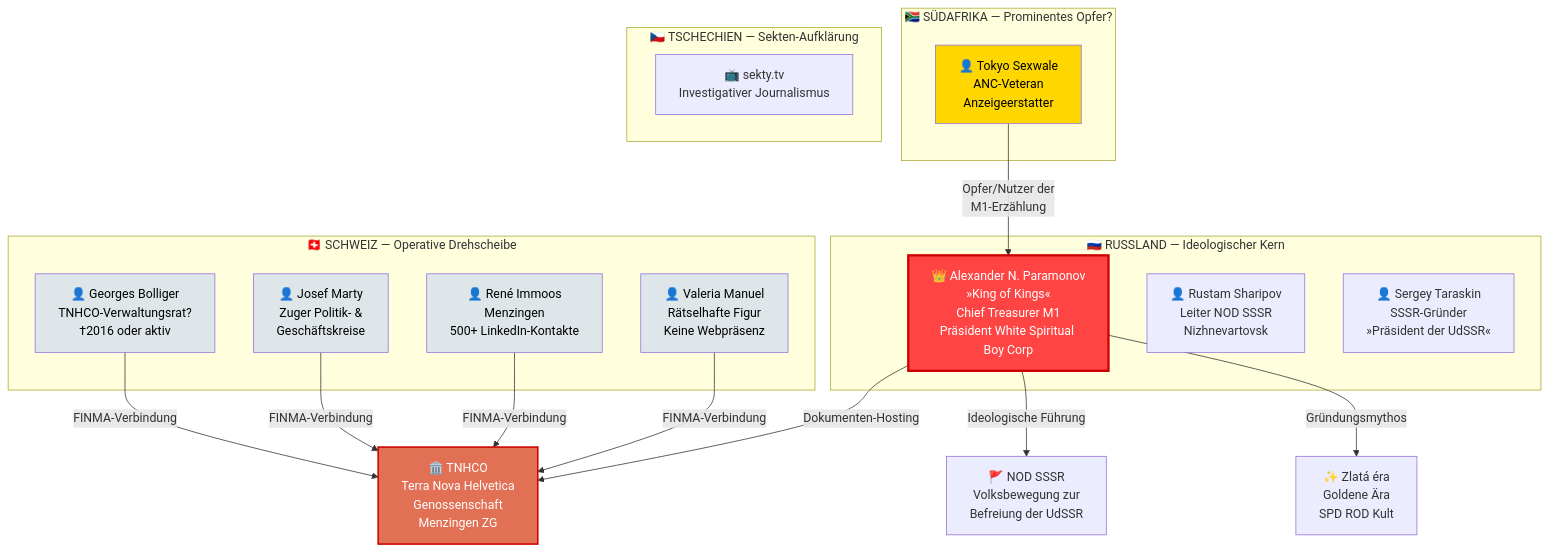
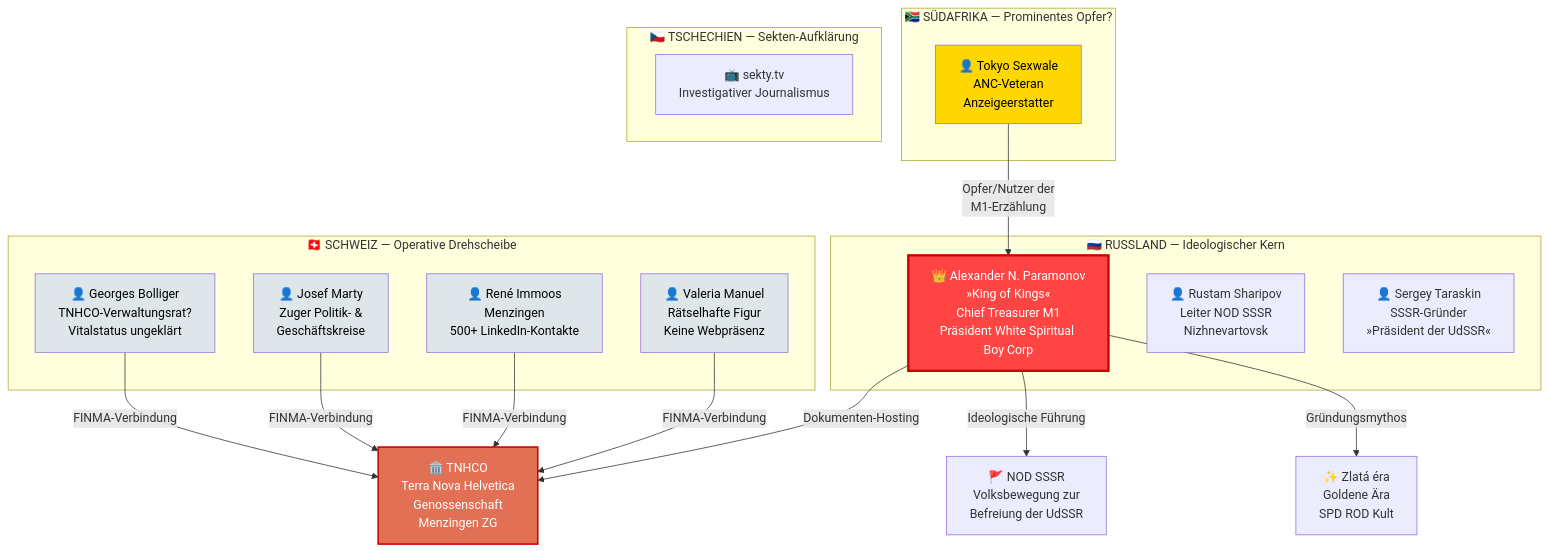
The first of 5 diagrams in analysen/PERSONEN_VERFLECHTUNGEN.md (researchworldwide2026/tnhco), drawn with Mermaid before and after one commit. The commit also changed 15 other files, not shown here.

````diff
--- a/analysen/PERSONEN_VERFLECHTUNGEN.md
+++ b/analysen/PERSONEN_VERFLECHTUNGEN.md
@@ -10,44 +10,44 @@
 ```mermaid
 graph TB
     subgraph "🇷🇺 RUSSLAND — Ideologischer Kern"
         PARAMONOV["👑 Alexander N. Paramonov<br/>»King of Kings«<br/>Chief Treasurer M1<br/>Präsident White Spiritual Boy Corp"]
         SHARIPOV["👤 Rustam Sharipov<br/>Leiter NOD SSSR<br/>Nizhnevartovsk"]
         TARASKIN["👤 Sergey Taraskin<br/>SSSR-Gründer<br/>»Präsident der UdSSR«"]
     end
 
     subgraph "🇨🇭 SCHWEIZ — Operative Drehscheibe"
-        BOLLIGER["👤 Georges Bolliger<br/>TNHCO-Verwaltungsrat?<br/>†2016 oder aktiv"]
+        BOLLIGER["👤 Georges Bolliger<br/>TNHCO-Verwaltungsrat?<br/>Vitalstatus ungeklärt"]
         MARTY["👤 Josef Marty<br/>Zuger Politik- &<br/>Geschäftskreise"]
         IMMOOS["👤 René Immoos<br/>Menzingen<br/>500+ LinkedIn-Kontakte"]
         MANUEL["👤 Valeria Manuel<br/>Rätselhafte Figur<br/>Keine Webpräsenz"]
     end
 
     subgraph "🇿🇦 SÜDAFRIKA — Prominentes Opfer?"
         SEXWALE["👤 Tokyo Sexwale<br/>ANC-Veteran<br/>Anzeigeerstatter"]
     end
 
     subgraph "🇨🇿 TSCHECHIEN — Sekten-Aufklärung"
         SEKTY_TV["📺 sekty.tv<br/>Investigativer Journalismus"]
     end
 
     PARAMONOV -->|"Dokumenten-Hosting"| TNHCO
     PARAMONOV -->|"Ideologische Führung"| NOD_SSSR
     PARAMONOV -->|"Gründungsmythos"| ZLATA_ERA
     BOLLIGER -->|"FINMA-Verbindung"| TNHCO
     MARTY -->|"FINMA-Verbindung"| TNHCO
     IMMOOS -->|"FINMA-Verbindung"| TNHCO
     MANUEL -->|"FINMA-Verbindung"| TNHCO
     SEXWALE -->|"Opfer/Nutzer der<br/>M1-Erzählung"| PARAMONOV
 
     TNHCO["🏛️ TNHCO<br/>Terra Nova Helvetica<br/>Genossenschaft<br/>Menzingen ZG"]
     NOD_SSSR["🚩 NOD SSSR<br/>Volksbewegung zur<br/>Befreiung der UdSSR"]
     ZLATA_ERA["✨ Zlatá éra<br/>Goldene Ära<br/>SPD ROD Kult"]
 
     style PARAMONOV fill:#ff4444,color:#fff,stroke:#cc0000,stroke-width:3px
     style TNHCO fill:#e17055,color:#fff,stroke:#cc0000,stroke-width:2px
     style BOLLIGER fill:#dfe6e9,color:#000
     style MARTY fill:#dfe6e9,color:#000
     style IMMOOS fill:#dfe6e9,color:#000
     style MANUEL fill:#dfe6e9,color:#000
     style SEXWALE fill:#ffd700,color:#000
 ```
````
